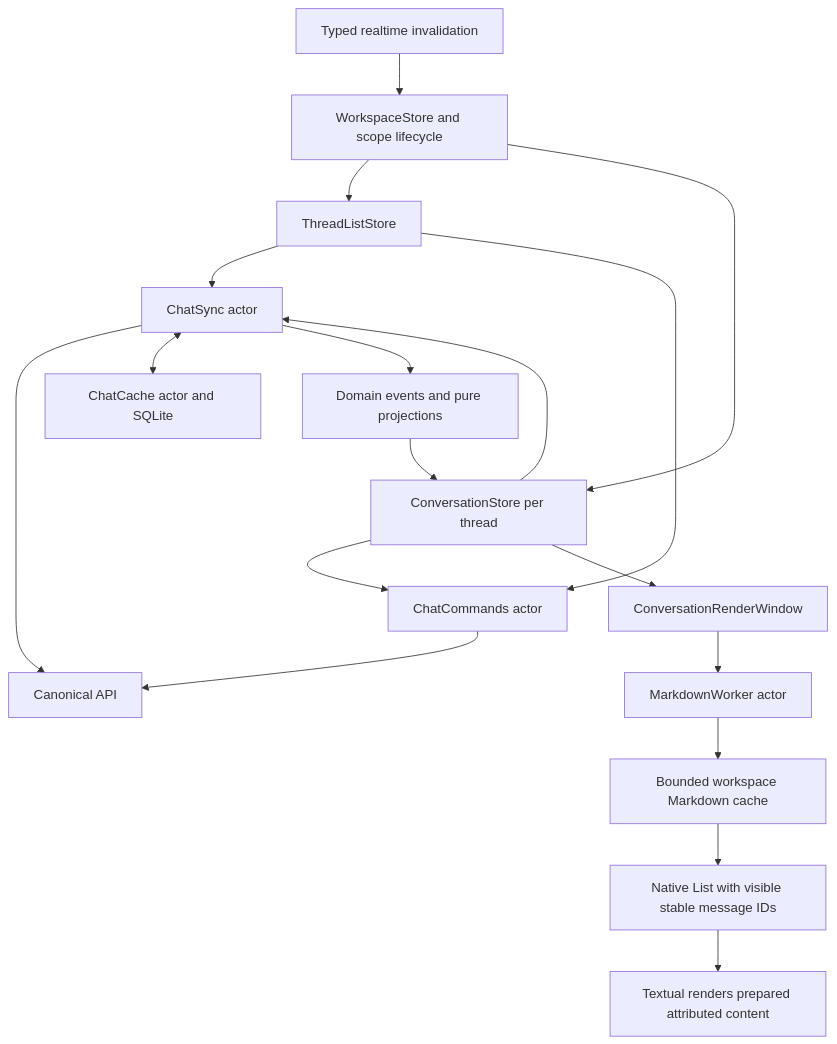
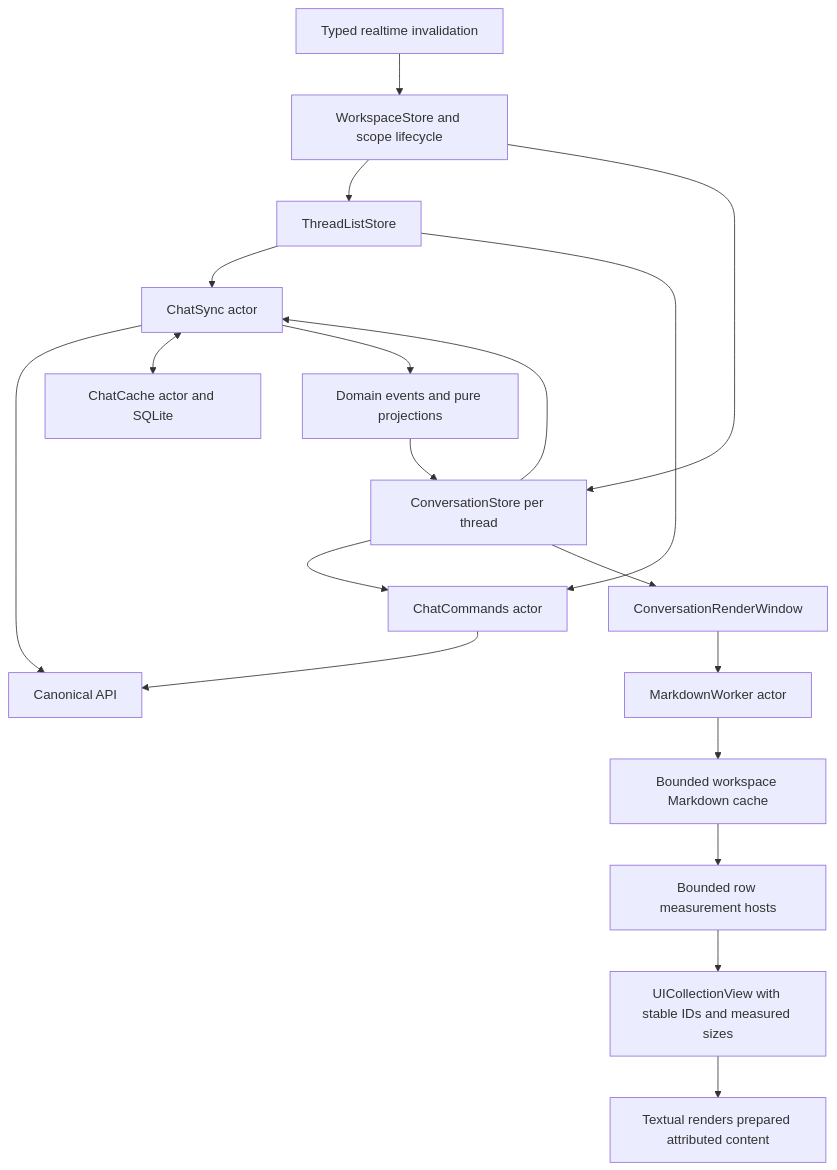
One commit to okou-ai/okou changed the diagram in ios/CHAT_UI_ARCHITECTURE.md. Above: the diagram before and after it, drawn with Mermaid. The commit also changed other lines of this file and 5 other files, not shown here.

````diff
--- a/ios/CHAT_UI_ARCHITECTURE.md
+++ b/ios/CHAT_UI_ARCHITECTURE.md
@@ -23,20 +23,21 @@
 ```mermaid
 flowchart TD
   Realtime[Typed realtime invalidation] --> Workspace[WorkspaceStore and scope lifecycle]
   Workspace --> Navigation[ThreadListStore]
   Workspace --> Conversation[ConversationStore per thread]
   Navigation --> Sync[ChatSync actor]
   Conversation --> Sync
   Navigation --> Commands[ChatCommands actor]
   Conversation --> Commands
   Commands --> API[Canonical API]
   Sync --> API
   Sync <--> Cache[ChatCache actor and SQLite]
   Sync --> Projection[Domain events and pure projections]
   Projection --> Conversation
   Conversation --> Window[ConversationRenderWindow]
   Window --> Prepare[MarkdownWorker actor]
   Prepare --> Presentation[Bounded workspace Markdown cache]
-  Presentation --> List[Native List with visible stable message IDs]
+  Presentation --> Measure[Bounded row measurement hosts]
+  Measure --> List[UICollectionView with stable IDs and measured sizes]
   List --> Body[Textual renders prepared attributed content]
 ```
````
